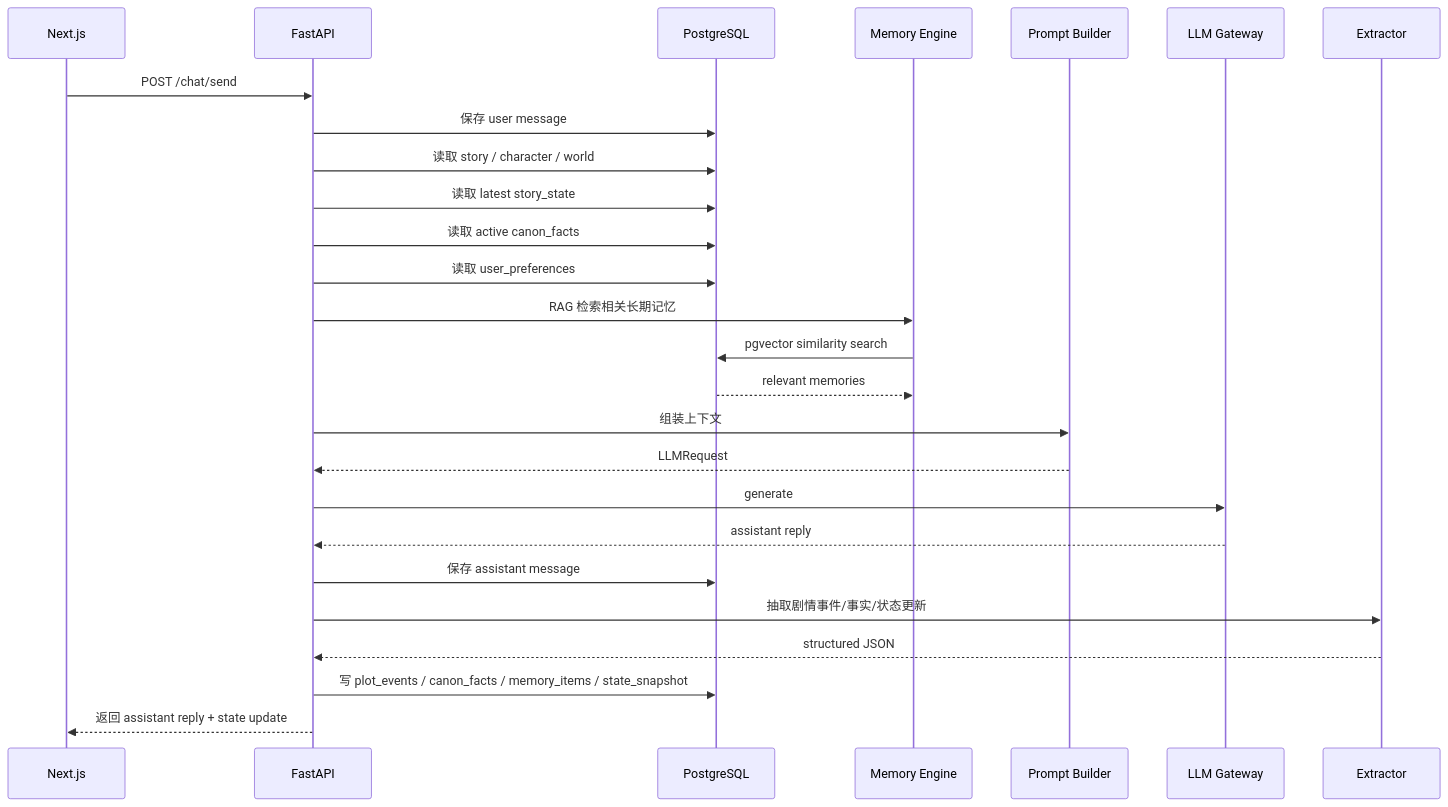
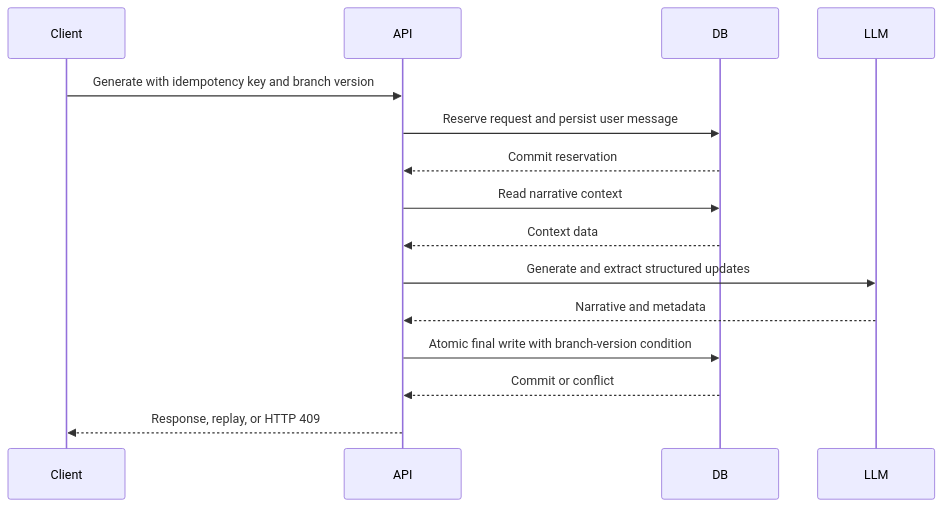
One commit to FoLAWy-py/Witscraft changed the fourth of 4 diagrams in system architecture.md. Above: the diagram before and after it, drawn with Mermaid. The commit also changed other lines of this file and 6 other files, not shown here.

Commit message:
Add production readiness and architecture baseline

````diff
--- a/system architecture.md
+++ b/system architecture.md
@@ -694,29 +202,18 @@
 ```mermaid
 sequenceDiagram
-    participant FE as Next.js
-    participant API as FastAPI
-    participant DB as PostgreSQL
-    participant MEM as Memory Engine
-    participant PB as Prompt Builder
-    participant LLM as LLM Gateway
-    participant EXT as Extractor
+    participant Client
+    participant API
+    participant DB
+    participant LLM
 
-    FE->>API: POST /chat/send
-    API->>DB: 保存 user message
-    API->>DB: 读取 story / character / world
-    API->>DB: 读取 latest story_state
-    API->>DB: 读取 active canon_facts
-    API->>DB: 读取 user_preferences
-    API->>MEM: RAG 检索相关长期记忆
-    MEM->>DB: pgvector similarity search
-    DB-->>MEM: relevant memories
-    API->>PB: 组装上下文
-    PB-->>API: LLMRequest
-    API->>LLM: generate
-    LLM-->>API: assistant reply
-    API->>DB: 保存 assistant message
-    API->>EXT: 抽取剧情事件/事实/状态更新
-    EXT-->>API: structured JSON
-    API->>DB: 写 plot_events / canon_facts / memory_items / state_snapshot
-    API-->>FE: 返回 assistant reply + state update
+    Client->>API: Generate with idempotency key and branch version
+    API->>DB: Reserve request and persist user message
+    DB-->>API: Commit reservation
+    API->>DB: Read narrative context
+    DB-->>API: Context data
+    API->>LLM: Generate and extract structured updates
+    LLM-->>API: Narrative and metadata
+    API->>DB: Atomic final write with branch-version condition
+    DB-->>API: Commit or conflict
+    API-->>Client: Response, replay, or HTTP 409
 ```
````
